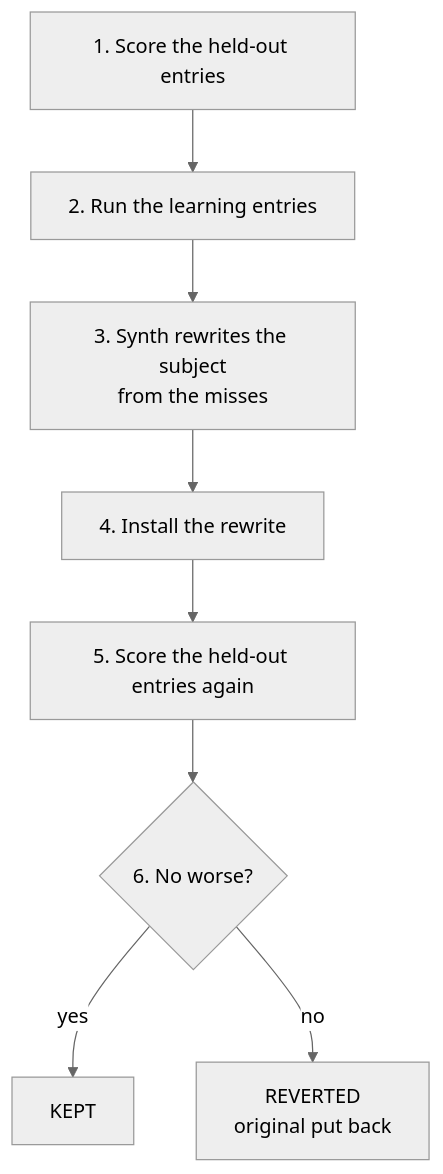
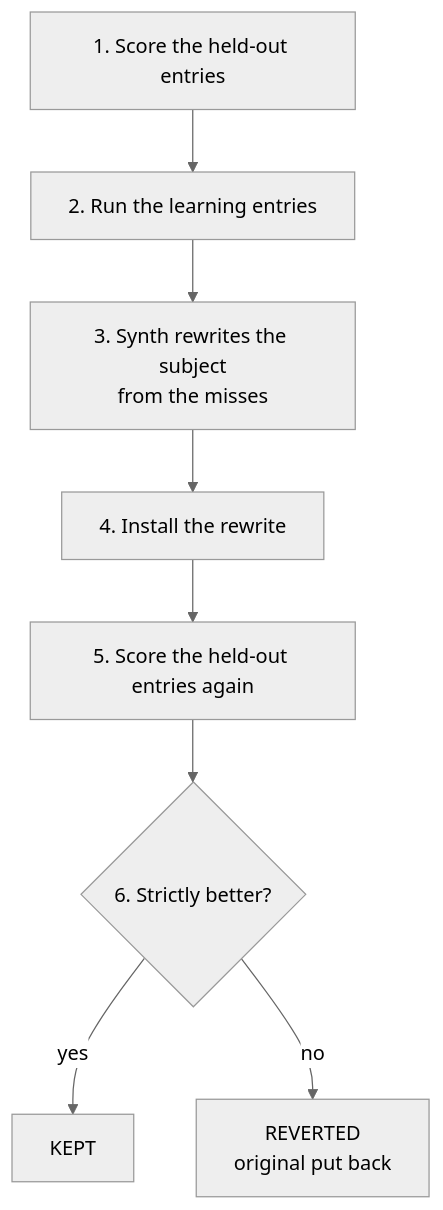
The diagram in docs/optimize.md (CodeBlackwell/proofbench), drawn with Mermaid (neutral theme) before and after one commit. The commit also changed other lines of this file and 19 other files, not shown here.

````diff
--- a/docs/optimize.md
+++ b/docs/optimize.md
@@ -44,10 +44,10 @@
 ```mermaid
 flowchart TD
   a["1. Score the held-out entries"] --> b["2. Run the learning entries"]
   b --> c["3. Synth rewrites the subject<br/>from the misses"]
   c --> d["4. Install the rewrite"]
   d --> e["5. Score the held-out entries again"]
-  e --> f{"6. No worse?"}
+  e --> f{"6. Strictly better?"}
   f -- yes --> keep["KEPT"]
   f -- no --> revert["REVERTED<br/>original put back"]
 ```
````
